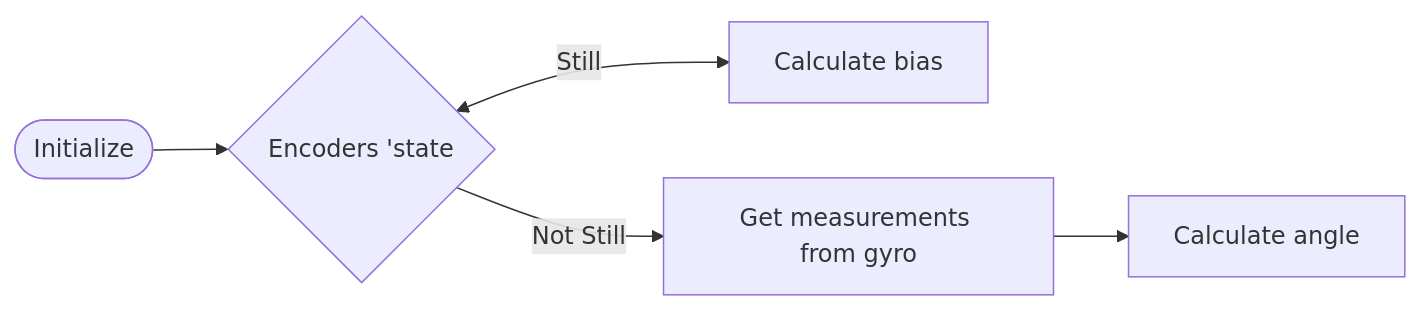
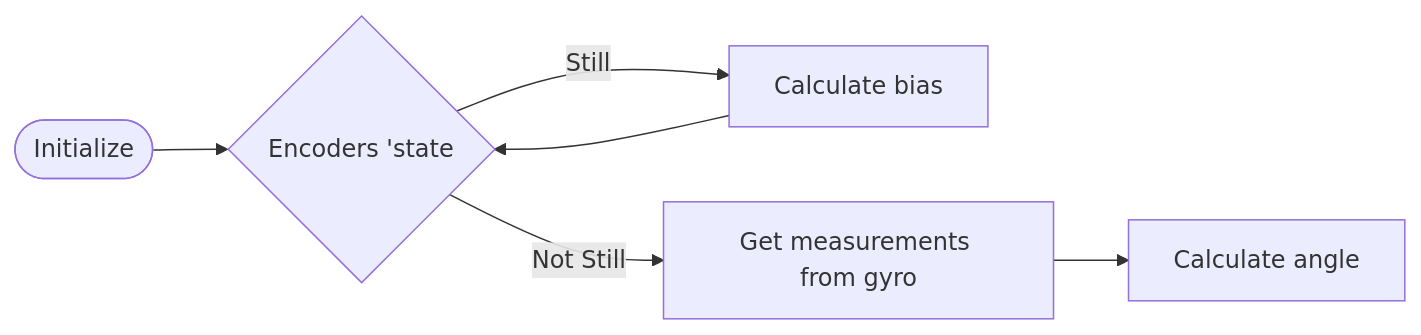
The diagram in Gyro_Encoders/README.md (LucasTakanori/PAE-HP), drawn with Mermaid before and after one commit.

````diff
--- a/Gyro_Encoders/README.md
+++ b/Gyro_Encoders/README.md
@@ -73,7 +73,8 @@
 ```mermaid
 flowchart LR
     A([Initialize]) --> B{Encoders 'state};
-    B <-- Still -->C[Calculate bias];
+    B -- Still -->C[Calculate bias];
     B -- Not Still --> D[Get measurements from gyro];
+    C --> B;
     D --> E[Calculate angle];
 ```
````
